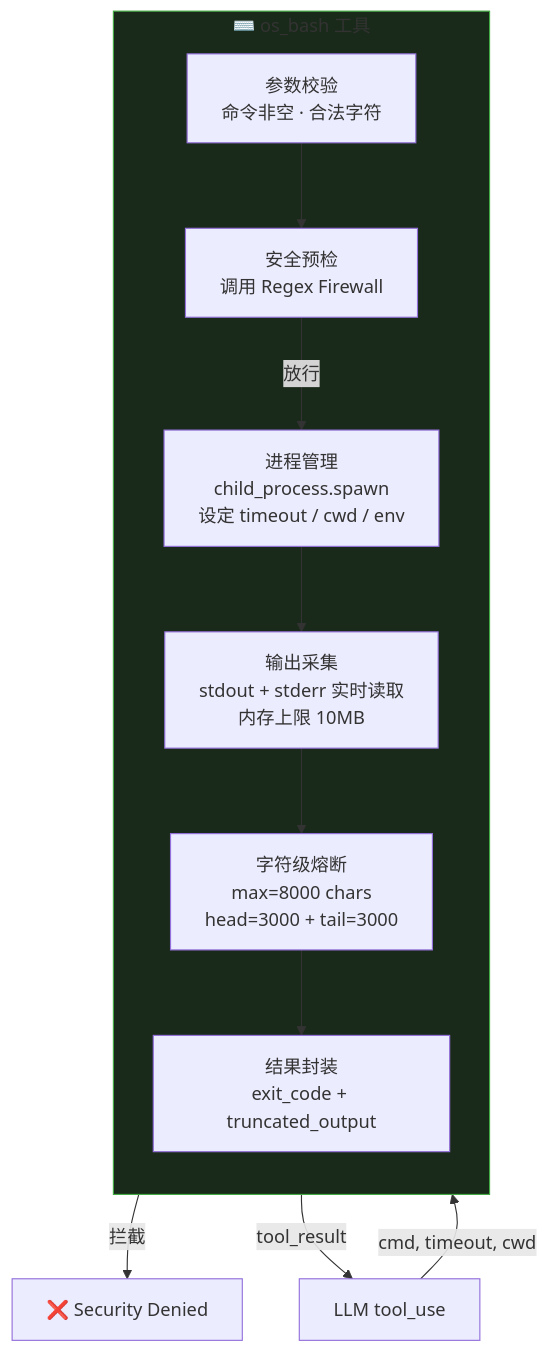
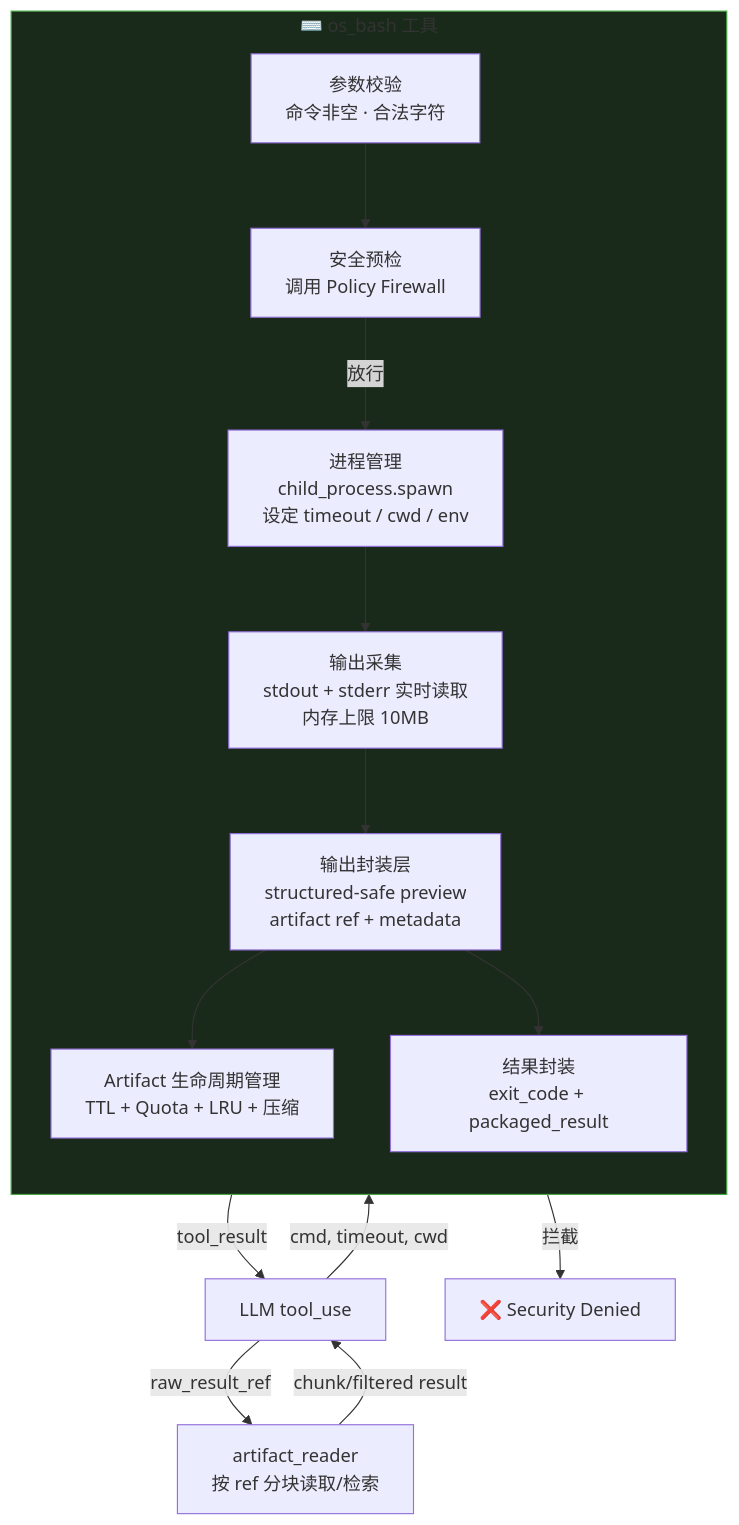
Before and after one commit to Yidhar/Embla_System: the third of 17 diagrams in doc/12-limbs-layer-modules.md, drawn with Mermaid. The commit also changed other lines of this file and 13 other files, not shown here.

Commit message:
docs: refresh architecture specs and security blindspot baseline

````diff
--- a/doc/12-limbs-layer-modules.md
+++ b/doc/12-limbs-layer-modules.md
@@ -204,23 +223,29 @@
 ```mermaid
 flowchart TB
     subgraph OsBash["⌨️ os_bash 工具"]
         direction TB
         VALIDATE["参数校验<br/>命令非空 · 合法字符"]
-        SECURITY["安全预检<br/>调用 Regex Firewall"]
+        SECURITY["安全预检<br/>调用 Policy Firewall"]
         SPAWN["进程管理<br/>child_process.spawn<br/>设定 timeout / cwd / env"]
         STREAM["输出采集<br/>stdout + stderr 实时读取<br/>内存上限 10MB"]
-        TRUNCATE["字符级熔断<br/>max=8000 chars<br/>head=3000 + tail=3000"]
-        FORMAT["结果封装<br/>exit_code + truncated_output"]
+        TRUNCATE["输出封装层<br/>structured-safe preview<br/>artifact ref + metadata"]
+        ART_GC["Artifact 生命周期管理<br/>TTL + Quota + LRU + 压缩"]
+        FORMAT["结果封装<br/>exit_code + packaged_result"]
     end
+
+    ART_READ["artifact_reader<br/>按 ref 分块读取/检索"]
 
     LLM["LLM tool_use"] -->|"cmd, timeout, cwd"| VALIDATE
     VALIDATE --> SECURITY
     SECURITY -->|"放行"| SPAWN
     SECURITY -->|"拦截"| ERROR["❌ Security Denied"]
     SPAWN --> STREAM
     STREAM --> TRUNCATE
+    TRUNCATE --> ART_GC
     TRUNCATE --> FORMAT
     FORMAT -->|"tool_result"| LLM
+    LLM -->|"raw_result_ref"| ART_READ
+    ART_READ -->|"chunk/filtered result"| LLM
 
     style OsBash fill:#1a2a1a,stroke:#44aa44
 ```
````
